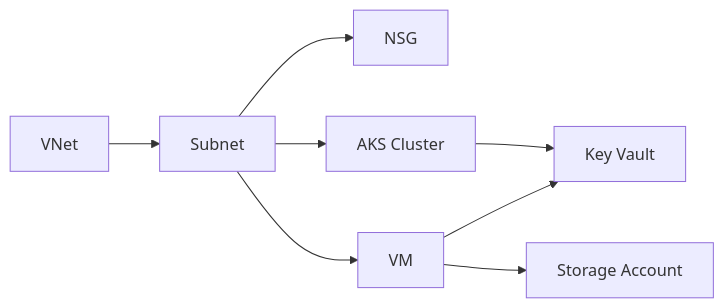
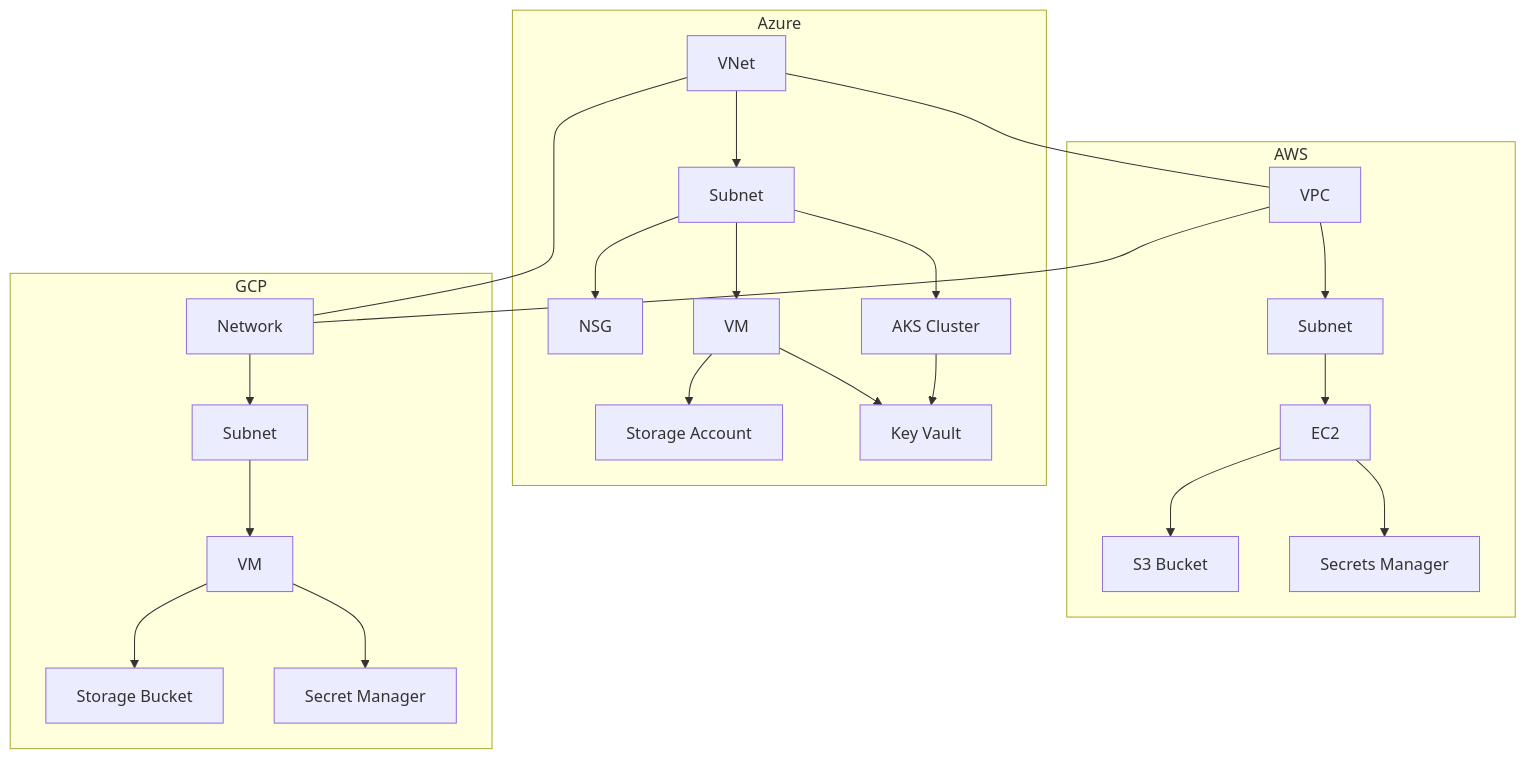
The second of 2 diagrams in README.md (davidop/multi-cloud-templates), drawn with Mermaid before and after one commit. The commit also changed other lines of this file and 17 other files, not shown here.

````diff
--- a/README.md
+++ b/README.md
@@ -78,17 +103,44 @@
 ```mermaid
-flowchart LR
-    az-vnet[VNet]
-    az-subnet[Subnet]
-    az-nsg[NSG]
-    az-aks[AKS Cluster]
-    az-vm[VM]
-    az-sa[Storage Account]
-    az-kv[Key Vault]
-    az-vnet --> az-subnet
-    az-subnet --> az-nsg
-    az-subnet --> az-aks
-    az-subnet --> az-vm
-    az-aks --> az-kv
-    az-vm --> az-sa
-    az-vm --> az-kv
+flowchart TD
+    subgraph Azure
+        az-vnet[VNet]
+        az-subnet[Subnet]
+        az-nsg[NSG]
+        az-aks[AKS Cluster]
+        az-vm[VM]
+        az-sa[Storage Account]
+        az-kv[Key Vault]
+        az-vnet --> az-subnet
+        az-subnet --> az-nsg
+        az-subnet --> az-aks
+        az-subnet --> az-vm
+        az-aks --> az-kv
+        az-vm --> az-sa
+        az-vm --> az-kv
+    end
+    subgraph AWS
+        aws-vpc[VPC]
+        aws-subnet[Subnet]
+        aws-ec2[EC2]
+        aws-s3[S3 Bucket]
+        aws-secrets[Secrets Manager]
+        aws-vpc --> aws-subnet
+        aws-subnet --> aws-ec2
+        aws-ec2 --> aws-s3
+        aws-ec2 --> aws-secrets
+    end
+    subgraph GCP
+        gcp-net[Network]
+        gcp-subnet[Subnet]
+        gcp-vm[VM]
+        gcp-bucket[Storage Bucket]
+        gcp-secrets[Secret Manager]
+        gcp-net --> gcp-subnet
+        gcp-subnet --> gcp-vm
+        gcp-vm --> gcp-bucket
+        gcp-vm --> gcp-secrets
+    end
+    az-vnet --- aws-vpc
+    aws-vpc --- gcp-net
+    gcp-net --- az-vnet
 ```
````
